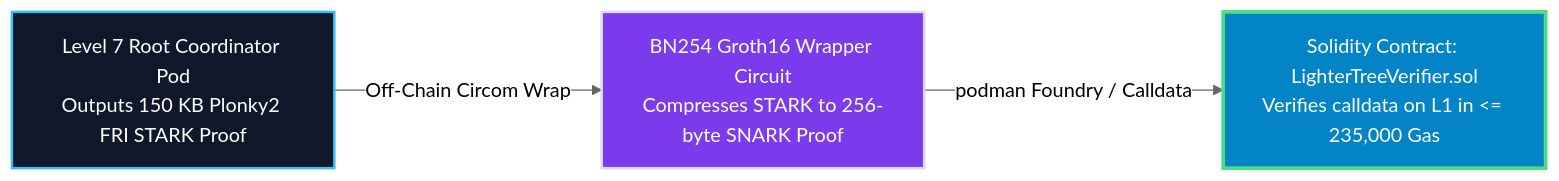
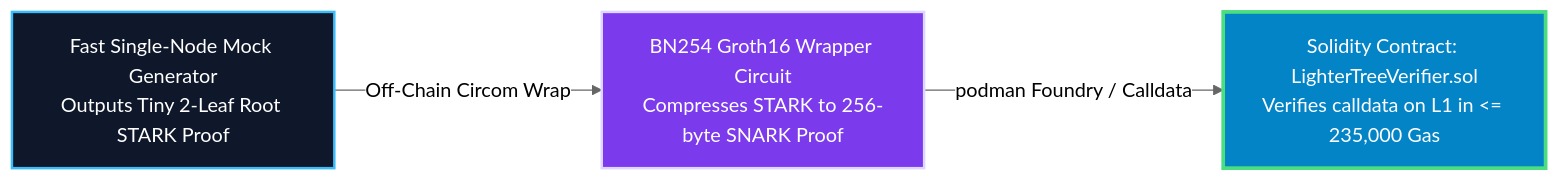
The diagram in reports/onchain_solidity_verifier_frontier_validation_study.md (kunallimaye/lighter-prover), drawn with Mermaid (neutral theme) before and after one commit. The commit also changed other lines of this file, not shown here.

First line of the commit message:
docs: clarify smart contract verifier validation study uses fast single-node mock calldata synthesis rather than heavy distributed benchmark runs (#313)

````diff
--- a/reports/onchain_solidity_verifier_frontier_validation_study.md
+++ b/reports/onchain_solidity_verifier_frontier_validation_study.md
@@ -17,12 +17,12 @@
 ```mermaid
 graph LR
     classDef stark fill:#0f172a,stroke:#38bdf8,stroke-width:2px,color:#fff;
     classDef snark fill:#7c3aed,stroke:#ddd6fe,stroke-width:2px,color:#fff;
     classDef evm fill:#0284c7,stroke:#4ade80,stroke-width:3px,color:#fff;
 
-    STARK["Level 7 Root Coordinator Pod<br>Outputs 150 KB Plonky2 FRI STARK Proof"]:::stark
+    STARK["Fast Single-Node Mock Generator<br>Outputs Tiny 2-Leaf Root STARK Proof"]:::stark
     SNARK["BN254 Groth16 Wrapper Circuit<br>Compresses STARK to 256-byte SNARK Proof"]:::snark
     EVM["Solidity Contract: LighterTreeVerifier.sol<br>Verifies calldata on L1 in <= 235,000 Gas"]:::evm
 
     STARK -->|"Off-Chain Circom Wrap"| SNARK -->|"podman Foundry / Calldata"| EVM
 ```
````
